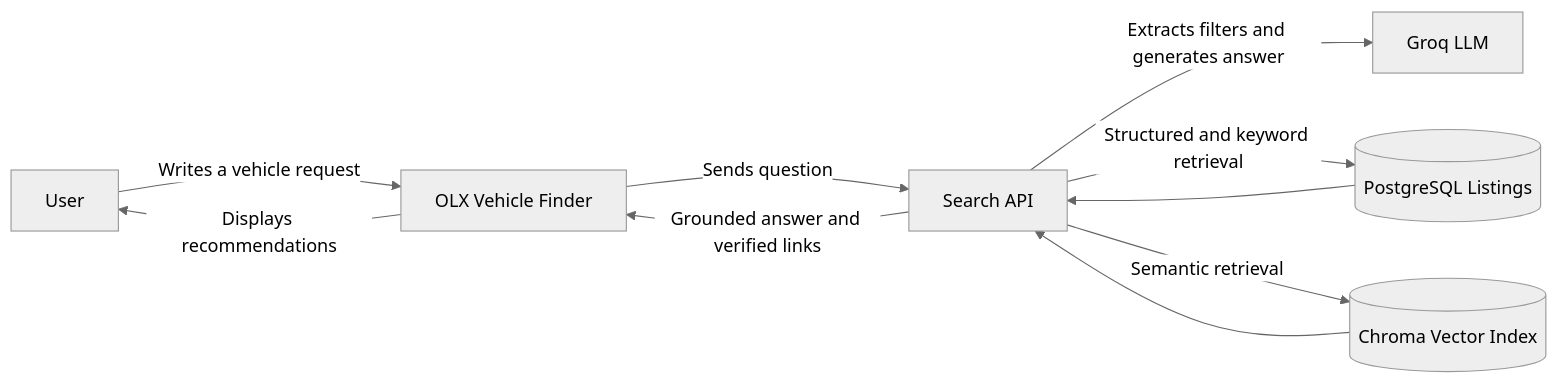
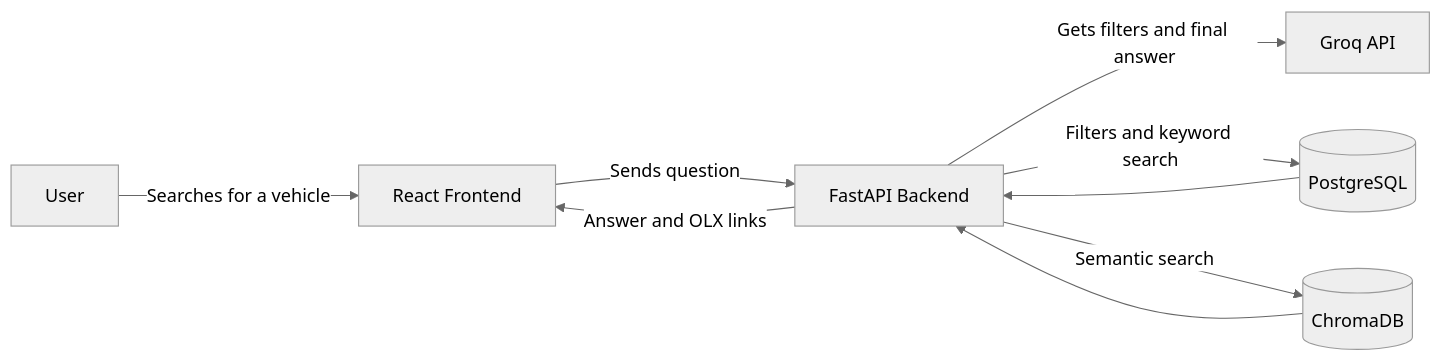
The first of 4 diagrams in README.md (abd-04/olx_rag), drawn with Mermaid (neutral theme) before and after one commit. The commit also changed other lines of this file, not shown here.

````diff
--- a/README.md
+++ b/README.md
@@ -47,12 +53,11 @@
 ```mermaid
 flowchart LR
-    U[User] -->|Writes a vehicle request| UI[OLX Vehicle Finder]
-    UI -->|Sends question| API[Search API]
-    API -->|Extracts filters and generates answer| LLM[Groq LLM]
-    API -->|Structured and keyword retrieval| PG[(PostgreSQL Listings)]
-    API -->|Semantic retrieval| CH[(Chroma Vector Index)]
+    U[User] -->|Searches for a vehicle| UI[React Frontend]
+    UI -->|Sends question| API[FastAPI Backend]
+    API -->|Gets filters and final answer| LLM[Groq API]
+    API -->|Filters and keyword search| PG[(PostgreSQL)]
+    API -->|Semantic search| CH[(ChromaDB)]
     PG --> API
     CH --> API
-    API -->|Grounded answer and verified links| UI
-    UI -->|Displays recommendations| U
+    API -->|Answer and OLX links| UI
 ```
````
